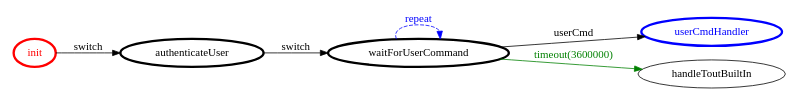
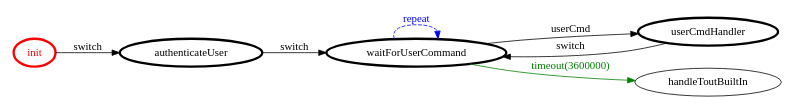
Before and after one commit to FraGio/iss2018: the diagram in it.unibo.reqAnalysis/srcMore/it/unibo/pc/pc.gv, drawn with Graphviz. The commit also changed 30 other files, not shown here.

```diff
--- a/it.unibo.reqAnalysis/srcMore/it/unibo/pc/pc.gv
+++ b/it.unibo.reqAnalysis/srcMore/it/unibo/pc/pc.gv
@@ -1,22 +1,23 @@
 /*
 *
 * A GraphViz DOT FSM description 
 * Please use a GraphViz visualizer (like http://www.webgraphviz.com)
 *  
 */
 
 digraph finite_state_machine {
 	rankdir=LR
 	size="8,5"
 	
 	init [ color = red ][ fontcolor = red ][ penwidth = 3 ]
 	waitForUserCommand [ color = black ][ fontcolor = black ][ penwidth = 3 ]
 	authenticateUser [ color = black ][ fontcolor = black ][ penwidth = 3 ]
-	userCmdHandler [ color = blue ][ fontcolor = blue ][ penwidth = 3 ]
+	userCmdHandler [ color = black ][ fontcolor = black ][ penwidth = 3 ]
 	
 	init -> authenticateUser [ label = "switch" ][ color = black ][ fontcolor = black ]
+	userCmdHandler -> waitForUserCommand [ label = "switch" ][ color = black ][ fontcolor = black ]
 	authenticateUser -> waitForUserCommand [ label = "switch" ][ color = black ][ fontcolor = black ]
 	waitForUserCommand -> handleToutBuiltIn [ label = "timeout(3600000)" ][ color = green ][ fontcolor = green ]
 	waitForUserCommand -> userCmdHandler [ label = "userCmd" ][ color = black ][ fontcolor = black ]
 	waitForUserCommand -> waitForUserCommand [ label = "repeat "][ style = dashed ][ color = blue ][ fontcolor = blue ]
 }
```
